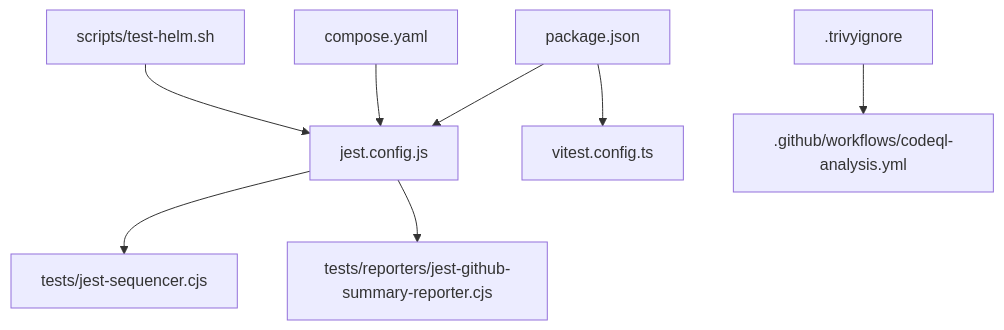
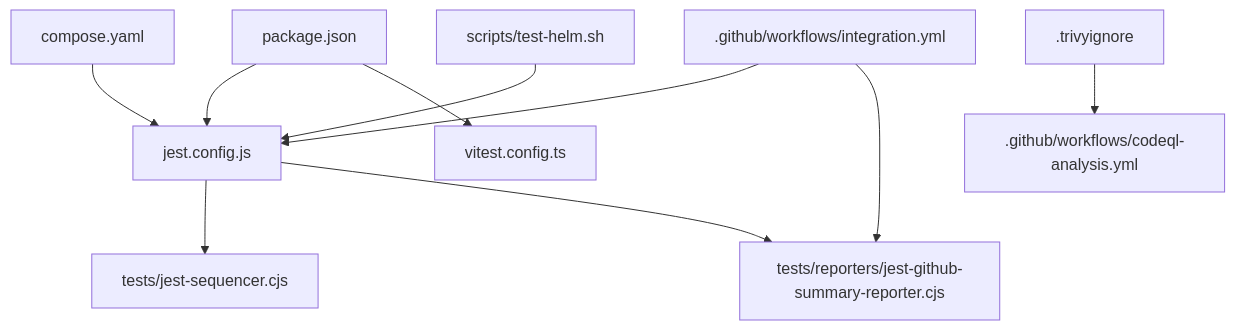
Before and after one commit to debian777/kairos-mcp: diagram 12 of 12 in .qoder/repowiki/en/content/Testing and Quality Assurance/Continuous Integration and Automation.md, drawn with Mermaid. The commit also changed other lines of this file and 7 other files, not shown here.

````diff
--- a/.qoder/repowiki/en/content/Testing and Quality Assurance/Continuous Integration and Automation.md
+++ b/.qoder/repowiki/en/content/Testing and Quality Assurance/Continuous Integration and Automation.md
@@ -468,19 +497,22 @@
 ```mermaid
 graph TB
 PKG["package.json"]
 JEST["jest.config.js"]
 VITEST["vitest.config.ts"]
 SEQ["tests/jest-sequencer.cjs"]
 RPT["tests/reporters/jest-github-summary-reporter.cjs"]
 COMPOSE["compose.yaml"]
 HELM["scripts/test-helm.sh"]
 TRIVY[".trivyignore"]
 CODEQL[".github/workflows/codeql-analysis.yml"]
+INTEGRATION[".github/workflows/integration.yml"]
 PKG --> JEST
 PKG --> VITEST
 JEST --> SEQ
 JEST --> RPT
 COMPOSE --> JEST
 HELM --> JEST
 TRIVY --> CODEQL
+INTEGRATION --> JEST
+INTEGRATION --> RPT
 ```
````
